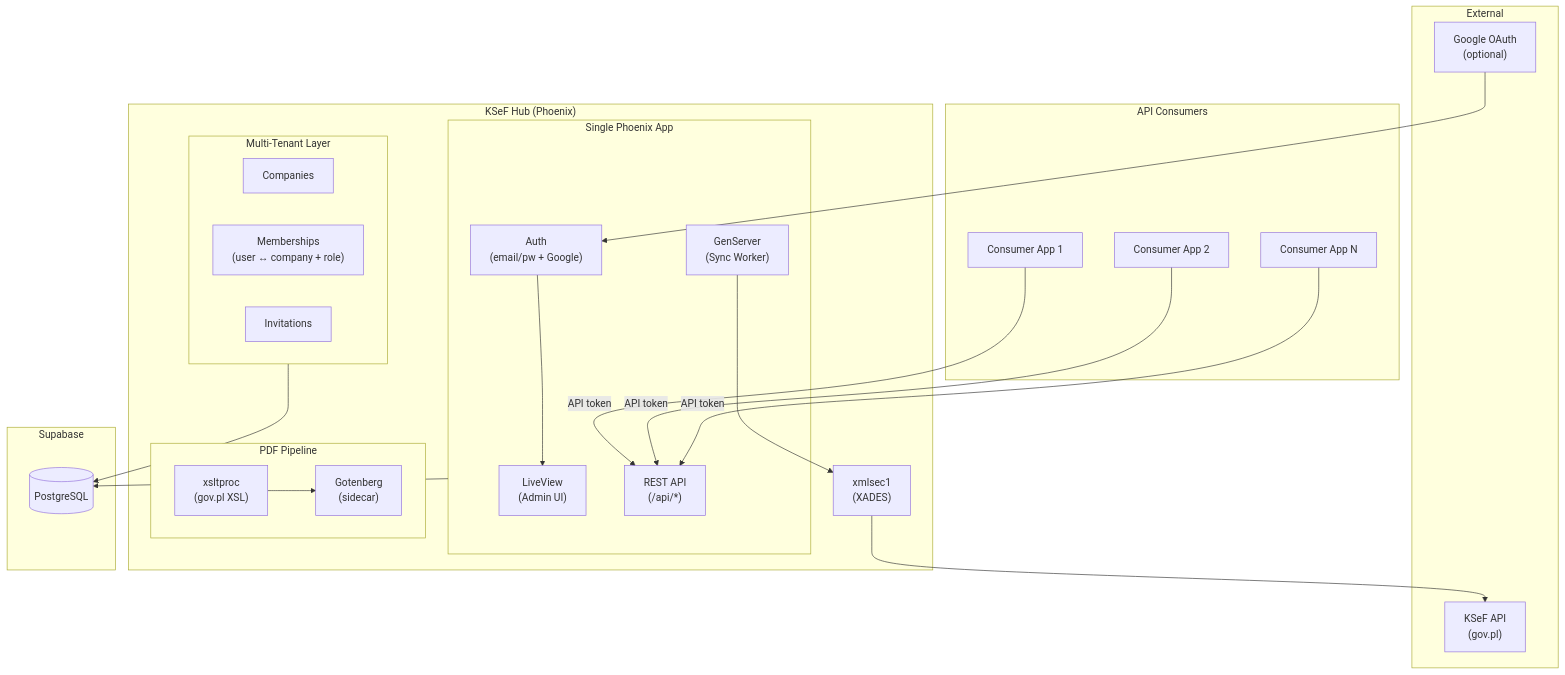
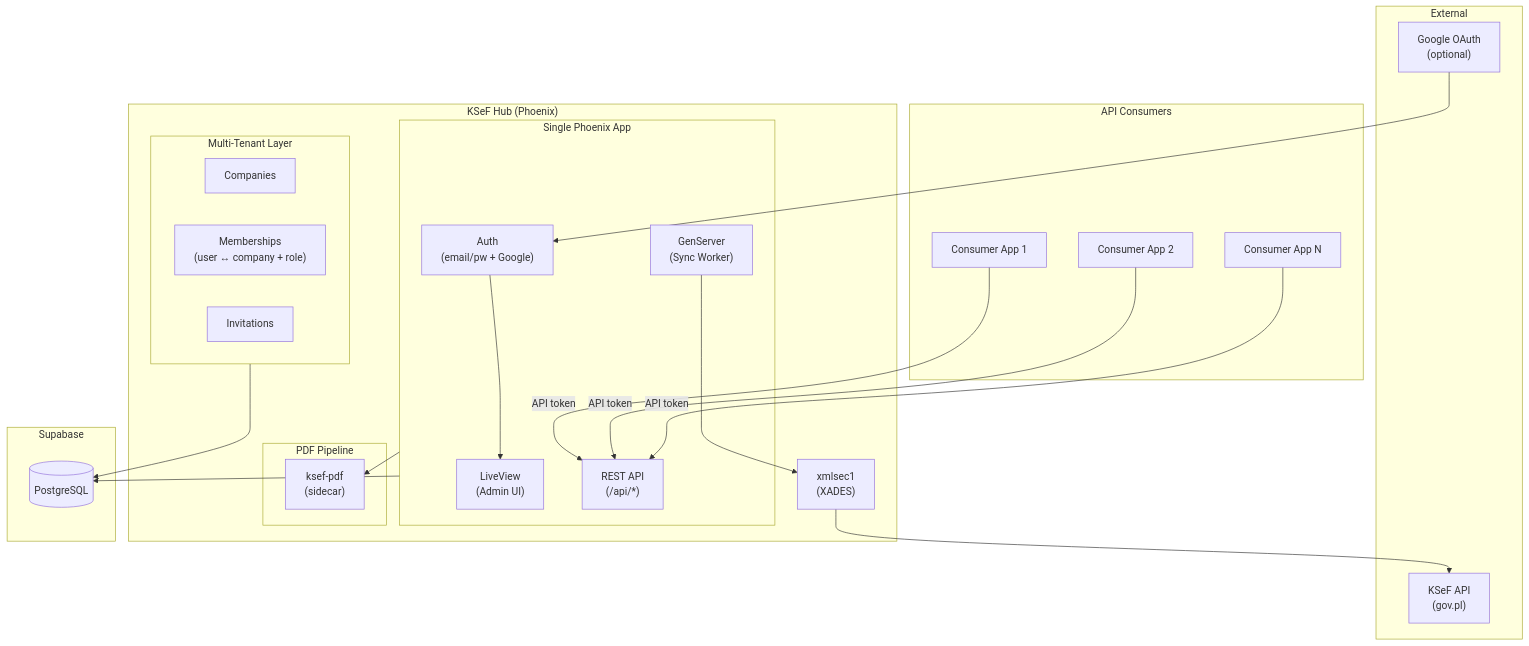
Before and after one commit to appunite/appunite-ksef-ex: the first of 4 diagrams in docs/prd.md, drawn with Mermaid. The commit also changed other lines of this file and 30 other files, not shown here.

First line of the commit message:
feat: replace PDF pipeline with ksef-pdf microservice

````diff
--- a/docs/prd.md
+++ b/docs/prd.md
@@ -239,51 +240,50 @@
 ```mermaid
 flowchart TB
     subgraph external["External"]
         ksef["KSeF API\n(gov.pl)"]
         google["Google OAuth\n(optional)"]
     end
 
     subgraph hub["KSeF Hub (Phoenix)"]
         subgraph phoenix["Single Phoenix App"]
             auth["Auth\n(email/pw + Google)"]
             live["LiveView\n(Admin UI)"]
             api["REST API\n(/api/*)"]
             sync["GenServer\n(Sync Worker)"]
         end
 
         subgraph membership["Multi-Tenant Layer"]
             companies["Companies"]
             memberships["Memberships\n(user ↔ company + role)"]
             invitations["Invitations"]
         end
 
         subgraph pdf["PDF Pipeline"]
-            xslt["xsltproc\n(gov.pl XSL)"]
-            gotenberg["Gotenberg\n(sidecar)"]
+            ksefpdf["ksef-pdf\n(sidecar)"]
         end
 
         xmlsec["xmlsec1\n(XADES)"]
     end
 
     subgraph supabase["Supabase"]
         db[("PostgreSQL")]
     end
 
     subgraph consumers["API Consumers"]
         app1["Consumer App 1"]
         app2["Consumer App 2"]
         app3["Consumer App N"]
     end
 
     google --> auth
     auth --> live
     sync --> xmlsec
     xmlsec --> ksef
     phoenix --> db
     membership --> db
-    xslt --> gotenberg
+    phoenix --> ksefpdf
 
     app1 -->|API token| api
     app2 -->|API token| api
     app3 -->|API token| api
 ```
````
